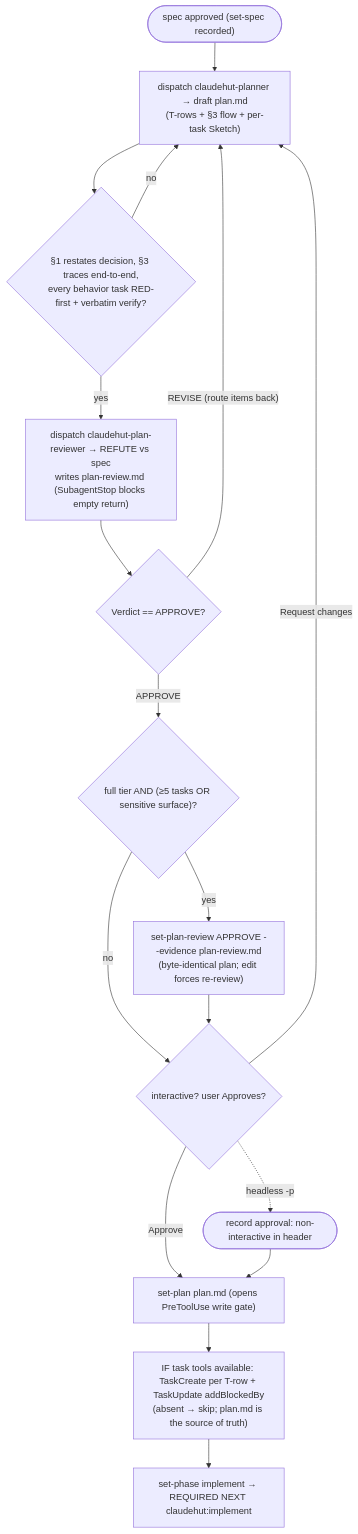
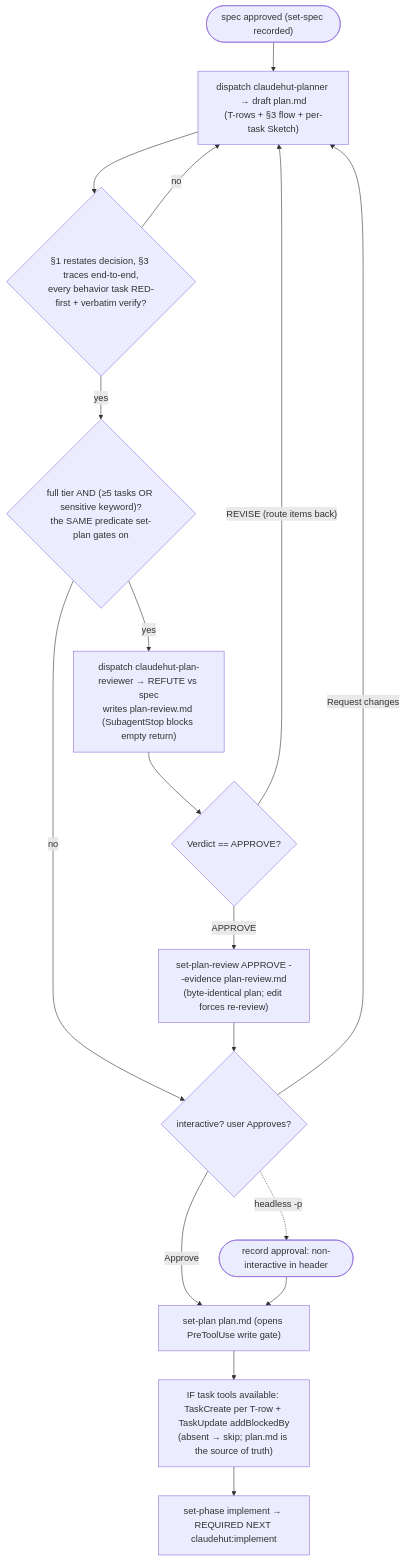
Before and after one commit to taipt1504/claudehut: the diagram in skills/write-plan/SKILL.md, drawn with Mermaid. The commit also changed other lines of this file and 3 other files, not shown here.

````diff
--- a/skills/write-plan/SKILL.md
+++ b/skills/write-plan/SKILL.md
@@ -14,19 +14,19 @@
 ```mermaid
 flowchart TB
     s(["spec approved (set-spec recorded)"]) --> draft["dispatch claudehut-planner → draft plan.md<br/>(T-rows + §3 flow + per-task Sketch)"]
     draft --> check{"§1 restates decision, §3 traces end-to-end,<br/>every behavior task RED-first + verbatim verify?"}
     check -- "no" --> draft
-    check -- "yes" --> rev["dispatch claudehut-plan-reviewer → REFUTE vs spec<br/>writes plan-review.md (SubagentStop blocks empty return)"]
+    check -- "yes" --> smart{"full tier AND (≥5 tasks OR sensitive keyword)?<br/>the SAME predicate set-plan gates on"}
+    smart -- "no" --> ask
+    smart -- "yes" --> rev["dispatch claudehut-plan-reviewer → REFUTE vs spec<br/>writes plan-review.md (SubagentStop blocks empty return)"]
     rev --> verdict{"Verdict == APPROVE?"}
     verdict -- "REVISE (route items back)" --> draft
-    verdict -- "APPROVE" --> smart{"full tier AND (≥5 tasks OR sensitive surface)?"}
-    smart -- "yes" --> record["set-plan-review APPROVE --evidence plan-review.md<br/>(byte-identical plan; edit forces re-review)"]
-    smart -- "no" --> ask
+    verdict -- "APPROVE" --> record["set-plan-review APPROVE --evidence plan-review.md<br/>(byte-identical plan; edit forces re-review)"]
     record --> ask{"interactive? user Approves?"}
     ask -- "Request changes" --> draft
     ask -. "headless -p" .-> bypass(["record approval: non-interactive in header"])
     ask -- "Approve" --> setplan["set-plan plan.md (opens PreToolUse write gate)"]
     bypass --> setplan
     setplan --> mirror["IF task tools available: TaskCreate per T-row + TaskUpdate addBlockedBy<br/>(absent → skip; plan.md is the source of truth)"]
     mirror --> phase["set-phase implement → REQUIRED NEXT claudehut:implement"]
 ```
````
